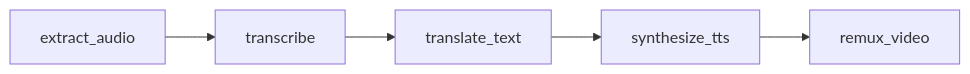
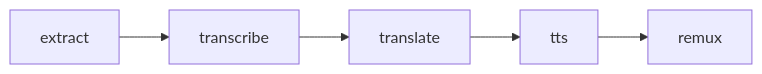
One commit to MarouaneKhoukh/video-dubbing-hatchet-serverless changed the diagram in DEVELOPER_GUIDE.md. Above: the diagram before and after it, drawn with Mermaid. The commit also changed other lines of this file and 34 other files, not shown here.

````diff
--- a/DEVELOPER_GUIDE.md
+++ b/DEVELOPER_GUIDE.md
@@ -637,7 +471,7 @@
 ```mermaid
 flowchart LR
-    extract_audio --> transcribe
-    transcribe --> translate_text
-    translate_text --> synthesize_tts
-    synthesize_tts --> remux_video
+    extract --> transcribe
+    transcribe --> translate
+    translate --> tts
+    tts --> remux
 ```
````
